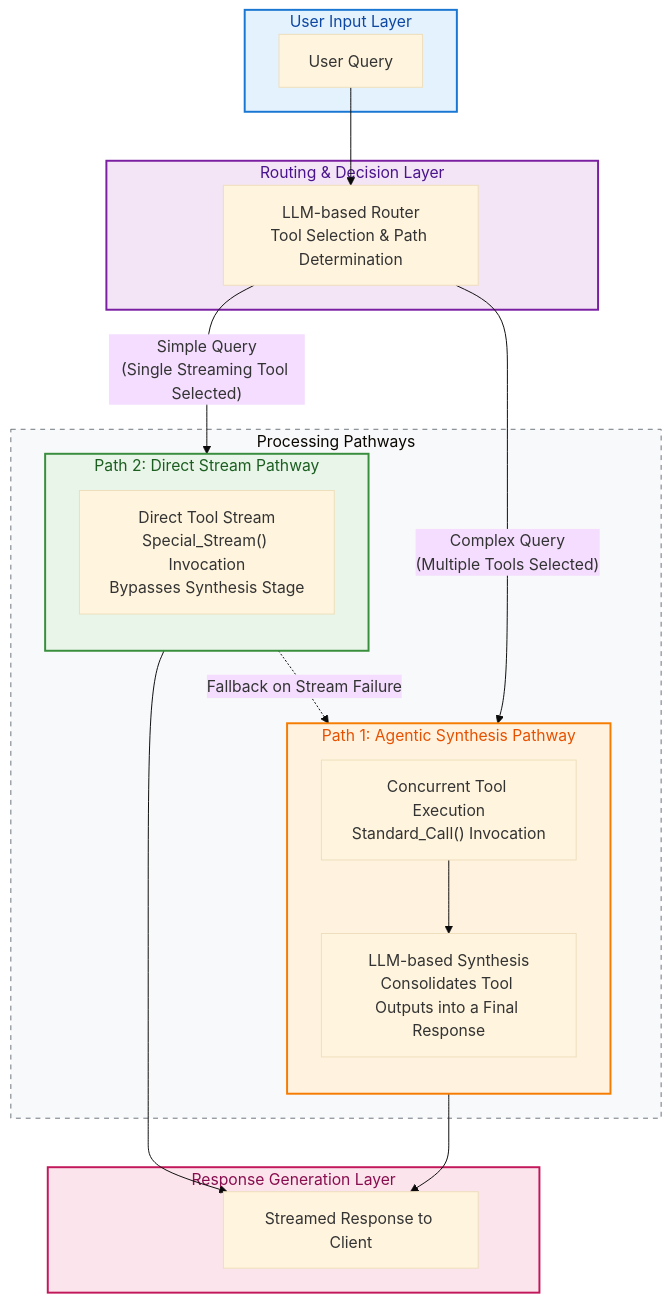
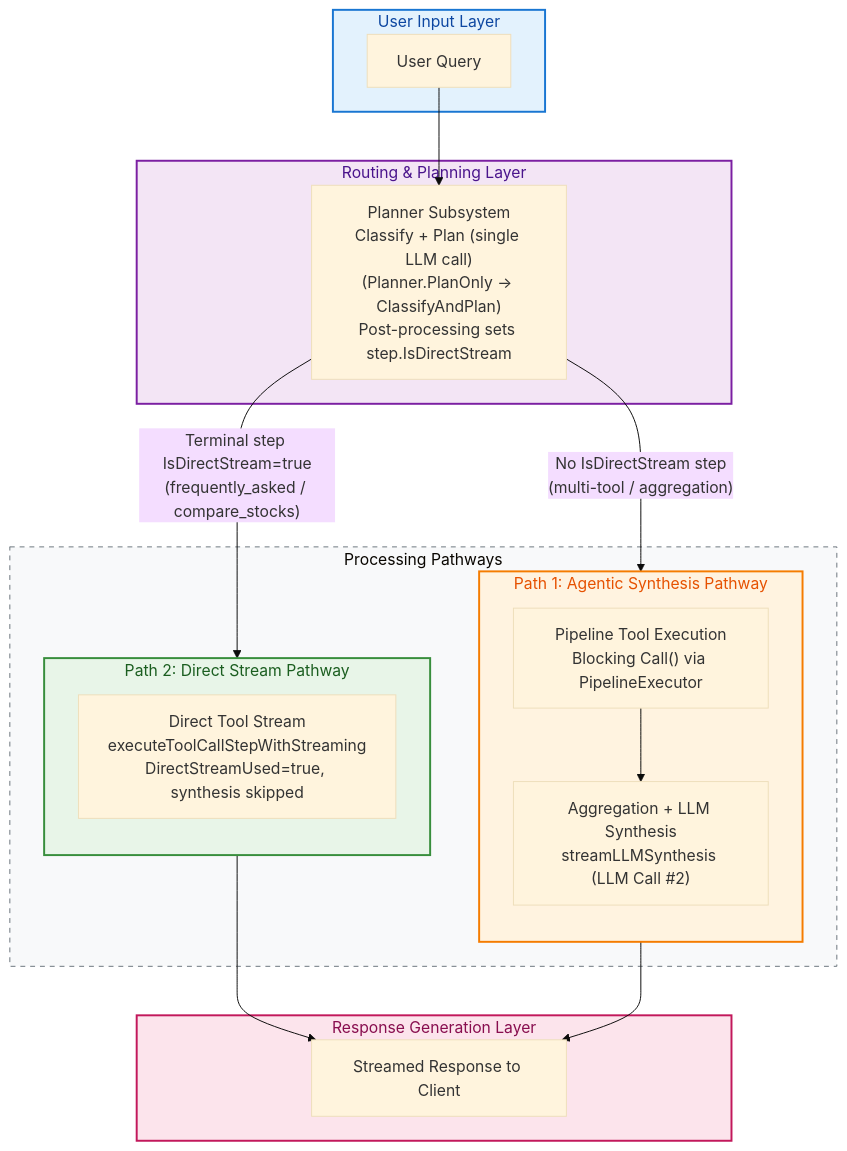
Before and after one commit to miftahulmahfuzh/agentic: the diagram in hugo_docs/content/docs/caller_insights/rag_stream.md, drawn with Mermaid (base theme). The commit also changed other lines of this file and 23 other files, not shown here.

````diff
--- a/hugo_docs/content/docs/caller_insights/rag_stream.md
+++ b/hugo_docs/content/docs/caller_insights/rag_stream.md
@@ -78,52 +102,51 @@
-{{< mermaid >}}
+```mermaid
 graph TD
     subgraph UserInputLayer ["User Input Layer"]
         UserQuery["User Query"]
     end
 
-    subgraph DecisionLayer ["Routing & Decision Layer"]
-        LLMRouter["LLM-based Router<br/>Tool Selection & Path Determination"]
+    subgraph DecisionLayer ["Routing & Planning Layer"]
+        Planner["Planner Subsystem<br/>Classify + Plan (single LLM call)<br/>(Planner.PlanOnly → ClassifyAndPlan)<br/>Post-processing sets step.IsDirectStream"]
     end
 
     subgraph ProcessingPathways ["Processing Pathways"]
         subgraph AgenticPathway ["Path 1: Agentic Synthesis Pathway"]
             direction TB
-            ToolExecution["Concurrent Tool Execution<br/>Standard_Call() Invocation"]
-            LLMSynthesis["LLM-based Synthesis<br/>Consolidates Tool Outputs into a Final Response"]
-            ToolExecution --> LLMSynthesis
+            ToolExecution["Pipeline Tool Execution<br/>Blocking Call() via PipelineExecutor"]
+            DataAggregation["Aggregation + LLM Synthesis<br/>streamLLMSynthesis (LLM Call #2)"]
+            ToolExecution --> DataAggregation
         end
 
         subgraph DirectPathway ["Path 2: Direct Stream Pathway"]
             direction TB
-            DirectToolStream["Direct Tool Stream<br/>Special_Stream() Invocation<br/>Bypasses Synthesis Stage"]
+            DirectToolStream["Direct Tool Stream<br/>executeToolCallStepWithStreaming<br/>DirectStreamUsed=true, synthesis skipped"]
         end
     end
 
     subgraph ResponseLayer ["Response Generation Layer"]
         StreamedResponse["Streamed Response to Client"]
     end
 
     %% Flow Connections
-    UserQuery --> LLMRouter
-    LLMRouter -- "Complex Query<br/>(Multiple Tools Selected)" --> ToolExecution
-    LLMRouter -- "Simple Query<br/>(Single Streaming Tool Selected)" --> DirectToolStream
-    LLMSynthesis --> StreamedResponse
+    UserQuery --> Planner
+    Planner -- "No IsDirectStream step<br/>(multi-tool / aggregation)" --> ToolExecution
+    Planner -- "Terminal step IsDirectStream=true<br/>(frequently_asked / compare_stocks)" --> DirectToolStream
+    DataAggregation --> StreamedResponse
     DirectToolStream --> StreamedResponse
-    DirectToolStream -. "Fallback on Stream Failure" .-> LLMSynthesis
 
     %% Styling Definitions
     classDef userInputStyle fill:#e3f2fd,stroke:#1976d2,stroke-width:2px,color:#0d47a1
     classDef decisionStyle fill:#f3e5f5,stroke:#7b1fa2,stroke-width:2px,color:#4a148c
     classDef agenticStyle fill:#fff3e0,stroke:#f57c00,stroke-width:2px,color:#e65100
     classDef directStyle fill:#e8f5e8,stroke:#388e3c,stroke-width:2px,color:#1b5e20
     classDef responseStyle fill:#fce4ec,stroke:#c2185b,stroke-width:2px,color:#880e4f
     classDef pathwayContainer fill:#f8f9fa,stroke:#6c757d,stroke-width:1px,stroke-dasharray: 5 5
 
     %% Class Assignments
     class UserInputLayer userInputStyle
     class DecisionLayer decisionStyle
     class AgenticPathway agenticStyle
     class DirectPathway directStyle
     class ResponseLayer responseStyle
     class ProcessingPathways pathwayContainer
-{{< /mermaid >}}
+```
````
